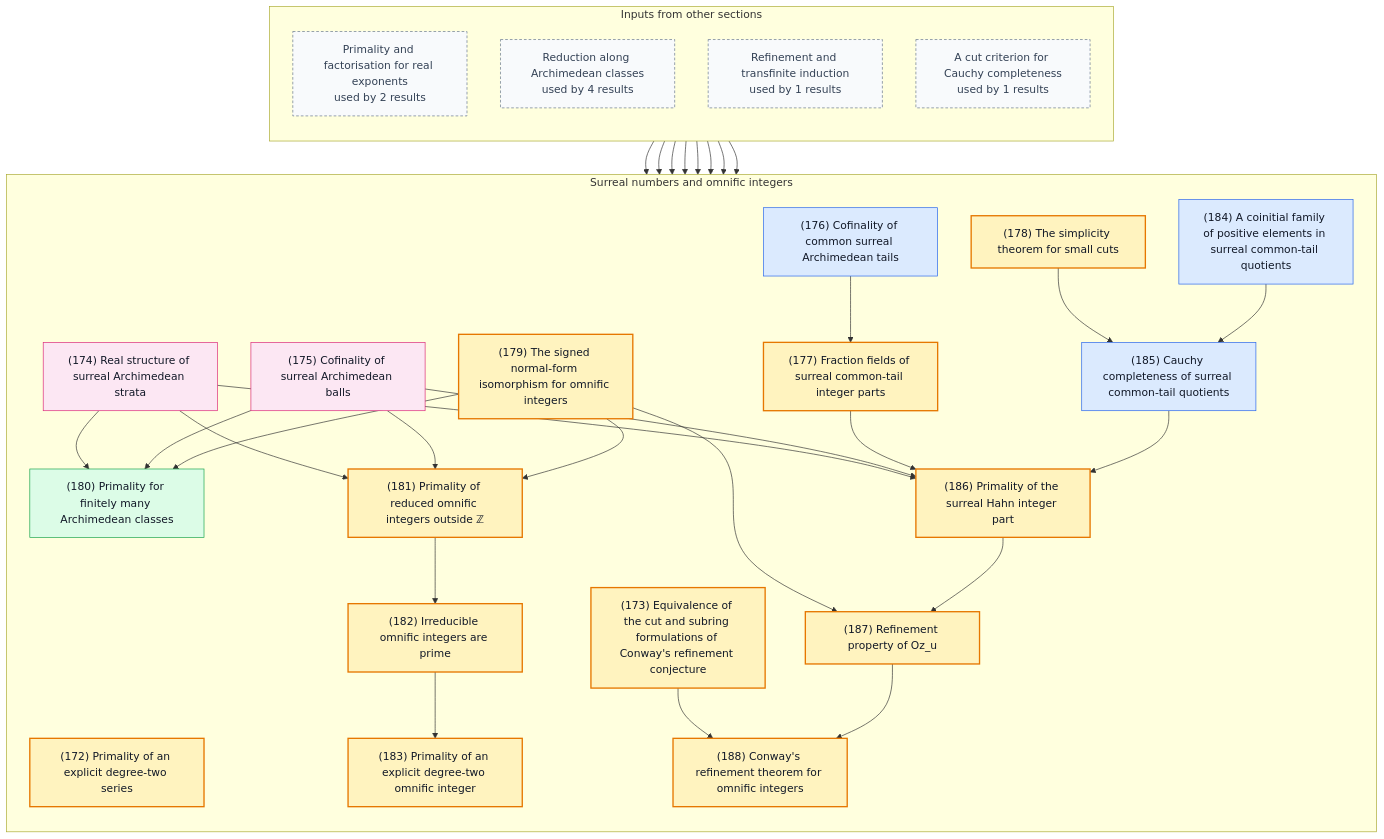
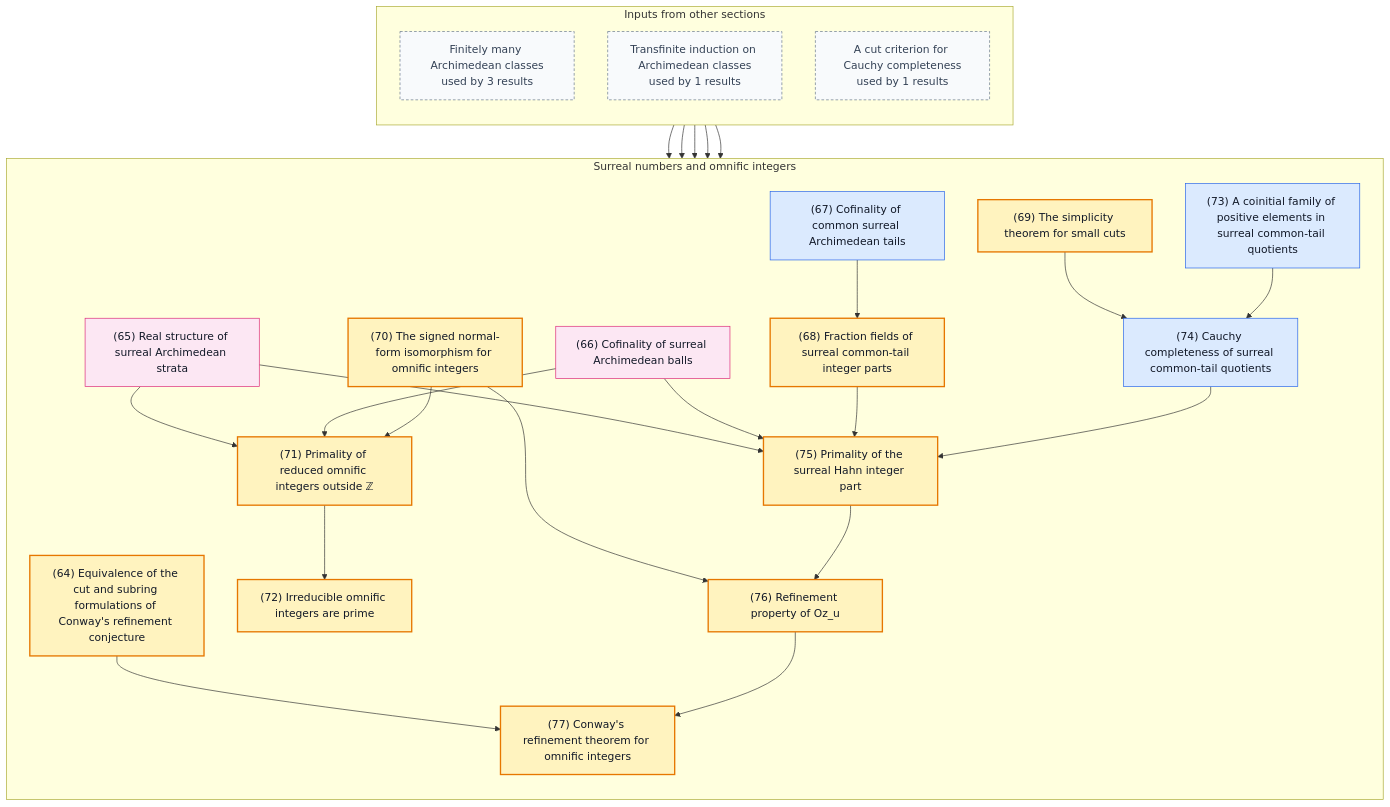
One commit to gaearon/conway-refinement changed the eighth of 8 diagrams in README.md. Above: the diagram before and after it, drawn with Mermaid. The commit also changed other lines of this file and 82 other files, not shown here.

First line of the commit message:
Reduce along Archimedean classes by one D+M step lemma

```diff
--- a/README.md
+++ b/README.md
@@ -1335,76 +630,62 @@
 flowchart TB
   subgraph inputs["Inputs from other sections"]
     direction TB
-    in0["Primality and factorisation for real exponents<br/>used by 2 results"]:::boundary
-    in1["Reduction along Archimedean classes<br/>used by 4 results"]:::boundary
-    in2["Refinement and transfinite induction<br/>used by 1 results"]:::boundary
-    in3["A cut criterion for Cauchy completeness<br/>used by 1 results"]:::boundary
+    in0["Finitely many Archimedean classes<br/>used by 3 results"]:::boundary
+    in1["Transfinite induction on Archimedean classes<br/>used by 1 results"]:::boundary
+    in2["A cut criterion for Cauchy completeness<br/>used by 1 results"]:::boundary
   end
   subgraph current["Surreal numbers and omnific integers"]
     direction TB
-    n172["(172) Primality of an explicit degree-two series"]:::theorem
-    n173["(173) Equivalence of the cut and subring formulations of Conway's refinement conjecture"]:::theorem
-    n174["(174) Real structure of surreal Archimedean strata"]:::fact
-    n175["(175) Cofinality of surreal Archimedean balls"]:::fact
-    n176["(176) Cofinality of common surreal Archimedean tails"]:::lemma
-    n177["(177) Fraction fields of surreal common-tail integer parts"]:::theorem
-    n178["(178) The simplicity theorem for small cuts"]:::theorem
-    n179["(179) The signed normal-form isomorphism for omnific integers"]:::theorem
-    n180["(180) Primality for finitely many Archimedean classes"]:::corollary
-    n181["(181) Primality of reduced omnific integers outside ℤ"]:::theorem
-    n182["(182) Irreducible omnific integers are prime"]:::theorem
-    n183["(183) Primality of an explicit degree-two omnific integer"]:::theorem
-    n184["(184) A coinitial family of positive elements in surreal common-tail quotients"]:::lemma
-    n185["(185) Cauchy completeness of surreal common-tail quotients"]:::lemma
-    n186["(186) Primality of the surreal Hahn integer part"]:::theorem
-    n187["(187) Refinement property of Oz_u"]:::theorem
-    n188["(188) Conway's refinement theorem for omnific integers"]:::theorem
+    n064["(64) Equivalence of the cut and subring formulations of Conway's refinement conjecture"]:::theorem
+    n065["(65) Real structure of surreal Archimedean strata"]:::fact
+    n066["(66) Cofinality of surreal Archimedean balls"]:::fact
+    n067["(67) Cofinality of common surreal Archimedean tails"]:::lemma
+    n068["(68) Fraction fields of surreal common-tail integer parts"]:::theorem
+    n069["(69) The simplicity theorem for small cuts"]:::theorem
+    n070["(70) The signed normal-form isomorphism for omnific integers"]:::theorem
+    n071["(71) Primality of reduced omnific integers outside ℤ"]:::theorem
+    n072["(72) Irreducible omnific integers are prime"]:::theorem
+    n073["(73) A coinitial family of positive elements in surreal common-tail quotients"]:::lemma
+    n074["(74) Cauchy completeness of surreal common-tail quotients"]:::lemma
+    n075["(75) Primality of the surreal Hahn integer part"]:::theorem
+    n076["(76) Refinement property of Oz_u"]:::theorem
+    n077["(77) Conway's refinement theorem for omnific integers"]:::theorem
   end
 
-  n176 --> n177
-  n174 --> n180
-  n175 --> n180
-  n179 --> n180
-  n174 --> n181
-  n175 --> n181
-  n179 --> n181
-  n181 --> n182
-  n182 --> n183
-  n178 --> n185
-  n184 --> n185
-  n174 --> n186
-  n175 --> n186
-  n177 --> n186
-  n185 --> n186
-  n179 --> n187
-  n186 --> n187
-  n173 --> n188
-  n187 --> n188
-  in0 --> n172
-  in1 --> n177
-  in1 --> n180
-  in1 --> n181
-  in0 --> n183
-  in3 --> n185
-  in1 --> n186
-  in2 --> n186
-  click n172 "https://gaearon.github.io/conway-refinement/#/result/degree-two-series-prime" "Open the statement for theorem 172"
-  click n173 "https://gaearon.github.io/conway-refinement/#/result/conway-cut-subring-equivalence" "Open the statement for theorem 173"
-  click n174 "https://gaearon.github.io/conway-refinement/#/result/surreal-archimedean-strata" "Open the statement for fact 174"
-  click n175 "https://gaearon.github.io/conway-refinement/#/result/surreal-archimedean-ball-cofinality" "Open the statement for fact 175"
-  click n176 "https://gaearon.github.io/conway-refinement/#/result/surreal-common-tail-cofinality" "Open the statement for lemma 176"
-  click n177 "https://gaearon.github.io/conway-refinement/#/result/surreal-common-tail-integer-part-fraction-field" "Open the statement for theorem 177"
-  click n178 "https://gaearon.github.io/conway-refinement/#/result/surreal-simplicity-small-cuts" "Open the statement for theorem 178"
-  click n179 "https://gaearon.github.io/conway-refinement/#/result/signed-normal-form-omnific-integer-equivalence" "Open the statement for theorem 179"
-  click n180 "https://gaearon.github.io/conway-refinement/#/result/omnific-finite-classes" "Open the statement for corollary 180"
-  click n181 "https://gaearon.github.io/conway-refinement/#/result/reduced-omnific-primal" "Open the statement for theorem 181"
-  click n182 "https://gaearon.github.io/conway-refinement/#/result/omnific-factorisation" "Open the statement for theorem 182"
-  click n183 "https://gaearon.github.io/conway-refinement/#/result/explicit-omnific-prime" "Open the statement for theorem 183"
-  click n184 "https://gaearon.github.io/conway-refinement/#/result/surreal-common-tail-quotient-coinitial-scales" "Open the statement for lemma 184"
-  click n185 "https://gaearon.github.io/conway-refinement/#/result/surreal-common-tail-quotient-complete" "Open the statement for lemma 185"
-  click n186 "https://gaearon.github.io/conway-refinement/#/result/surreal-hahn-integer-part-primality" "Open the statement for theorem 186"
-  click n187 "https://gaearon.github.io/conway-refinement/#/result/omnific-integer-refinement-property" "Open the statement for theorem 187"
-  click n188 "https://gaearon.github.io/conway-refinement/#/result/conway-refinement" "Open the statement for theorem 188"
+  n067 --> n068
+  n065 --> n071
+  n066 --> n071
+  n070 --> n071
+  n071 --> n072
+  n069 --> n074
+  n073 --> n074
+  n065 --> n075
+  n066 --> n075
+  n068 --> n075
+  n074 --> n075
+  n070 --> n076
+  n075 --> n076
+  n064 --> n077
+  n076 --> n077
+  in0 --> n068
+  in0 --> n071
+  in2 --> n074
+  in0 --> n075
+  in1 --> n075
+  click n064 "https://gaearon.github.io/conway-refinement/#/result/conway-cut-subring-equivalence" "Open the statement for theorem 64"
+  click n065 "https://gaearon.github.io/conway-refinement/#/result/surreal-archimedean-strata" "Open the statement for fact 65"
+  click n066 "https://gaearon.github.io/conway-refinement/#/result/surreal-archimedean-ball-cofinality" "Open the statement for fact 66"
+  click n067 "https://gaearon.github.io/conway-refinement/#/result/surreal-common-tail-cofinality" "Open the statement for lemma 67"
+  click n068 "https://gaearon.github.io/conway-refinement/#/result/surreal-common-tail-integer-part-fraction-field" "Open the statement for theorem 68"
+  click n069 "https://gaearon.github.io/conway-refinement/#/result/surreal-simplicity-small-cuts" "Open the statement for theorem 69"
+  click n070 "https://gaearon.github.io/conway-refinement/#/result/signed-normal-form-omnific-integer-equivalence" "Open the statement for theorem 70"
+  click n071 "https://gaearon.github.io/conway-refinement/#/result/reduced-omnific-primal" "Open the statement for theorem 71"
+  click n072 "https://gaearon.github.io/conway-refinement/#/result/omnific-factorisation" "Open the statement for theorem 72"
+  click n073 "https://gaearon.github.io/conway-refinement/#/result/surreal-common-tail-quotient-coinitial-scales" "Open the statement for lemma 73"
+  click n074 "https://gaearon.github.io/conway-refinement/#/result/surreal-common-tail-quotient-complete" "Open the statement for lemma 74"
+  click n075 "https://gaearon.github.io/conway-refinement/#/result/surreal-hahn-integer-part-primality" "Open the statement for theorem 75"
+  click n076 "https://gaearon.github.io/conway-refinement/#/result/omnific-integer-refinement-property" "Open the statement for theorem 76"
+  click n077 "https://gaearon.github.io/conway-refinement/#/result/conway-refinement" "Open the statement for theorem 77"
 
   classDef theorem fill:#fff3bf,stroke:#e67700,stroke-width:2px,color:#111827
   classDef definition fill:#f3f4f6,stroke:#4b5563,color:#111827
```
